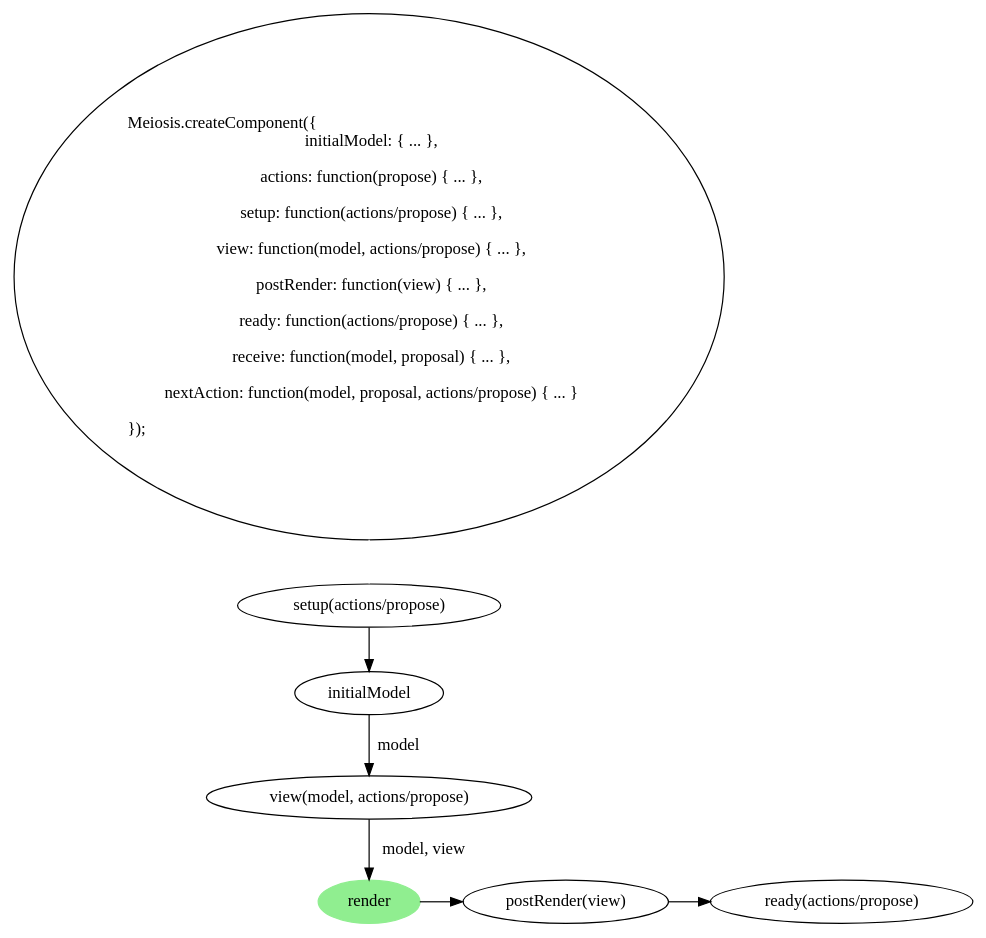
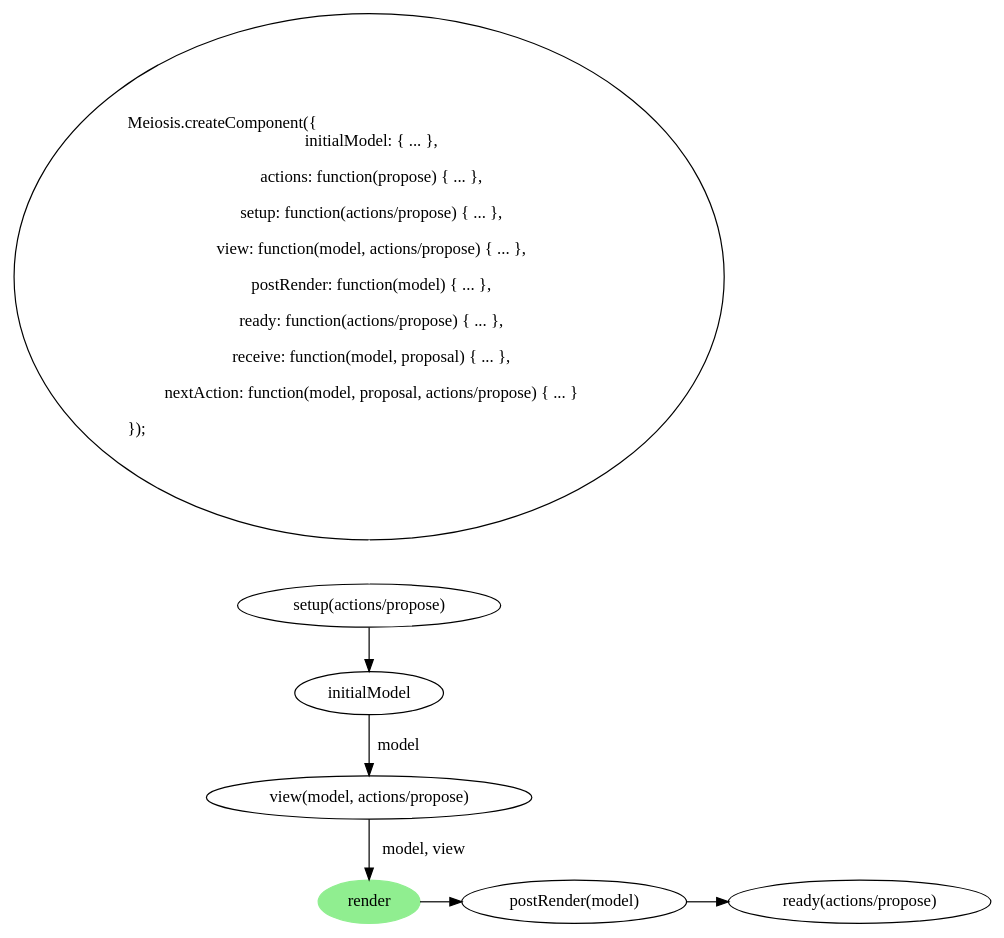
Before and after one commit to foxdonut/meiosis-guide: the diagram in images/meiosis_init.dot, drawn with Graphviz. The commit also changed 4 other files, not shown here.

Commit message:
Update postRender documentation.

```diff
--- a/images/meiosis_init.dot
+++ b/images/meiosis_init.dot
@@ -1,27 +1,27 @@
 digraph meiosis_init {
   createComponent [fontname=Hack, label = "\lMeiosis.createComponent(\{\l\ \ initialModel: \{ ... \},
     \l  actions: function(propose) \{ ... \},
     \l  setup: function(actions/propose) \{ ... \},
     \l  view: function(model, actions/propose) \{ ... \},
-    \l  postRender: function(view) \{ ... \},
+    \l  postRender: function(model) \{ ... \},
     \l  ready: function(actions/propose) \{ ... \},
     \l  receive: function(model, proposal) \{ ... \},
     \l  nextAction: function(model, proposal, actions/propose) \{ ... \}
     \l\});\l\l"]
 
   setup [label = "setup(actions/propose)", fontname=Hack]
   initialModel [fontname=Hack]
   view [label = "view(model, actions/propose)", fontname=Hack]
   render [style=filled, color=lightgreen]
-  postRender [label = "postRender(view)", fontname=Hack]
+  postRender [label = "postRender(model)", fontname=Hack]
   ready [label = "ready(actions/propose)", fontname=Hack]
 
   {rank=same; render postRender ready}
 
   createComponent -> setup [arrowhead=none, arrowtail=empty, color=white]
   setup -> initialModel
   initialModel -> view [label = " model"]
   view -> render [label = " model, view"]
   render -> postRender
   postRender -> ready
 }
```
